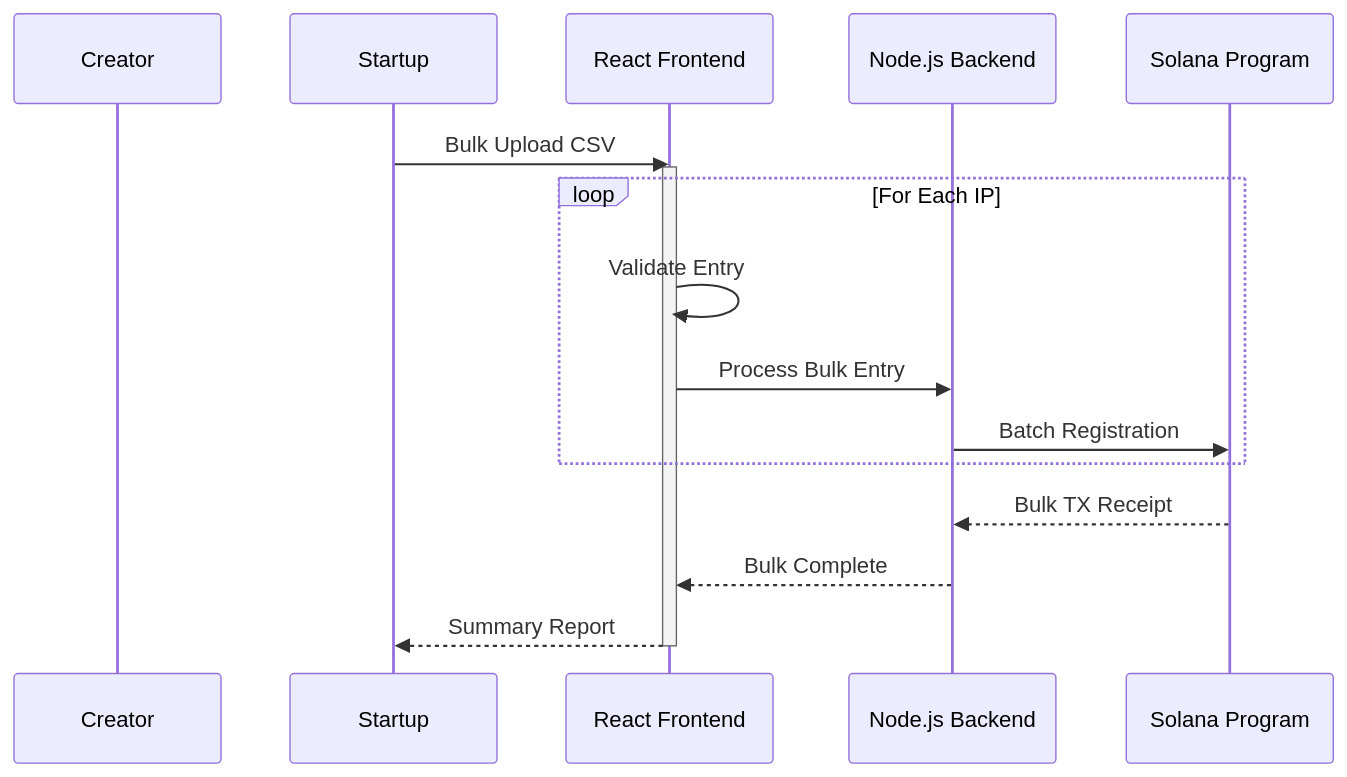
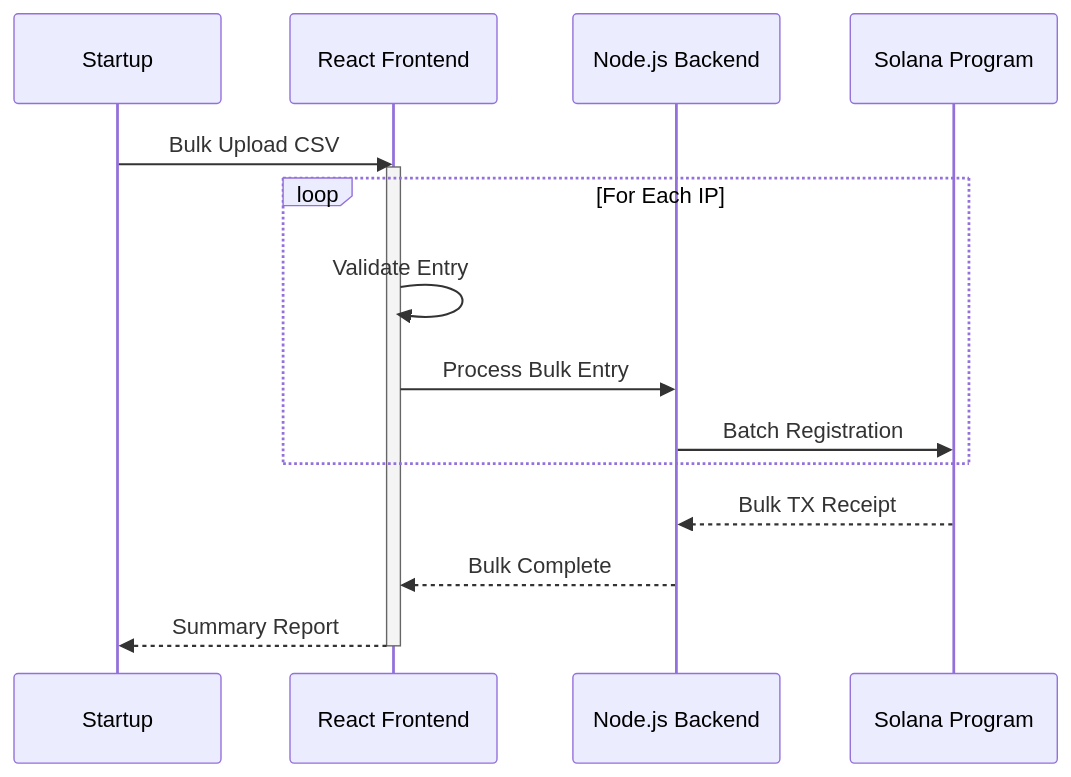
Before and after one commit to br8bit/iprchain: the second of 3 diagrams in README.md, drawn with Mermaid.

````diff
--- a/README.md
+++ b/README.md
@@ -81,21 +81,20 @@
 ```mermaid
 sequenceDiagram
-    participant Creator
     participant Startup
     participant Frontend as React Frontend
     participant Backend as Node.js Backend
     participant Solana as Solana Program
 
     %% Bulk Upload Flow
     Startup->>Frontend: Bulk Upload CSV
     activate Frontend
         loop For Each IP
             Frontend->>Frontend: Validate Entry
             Frontend->>Backend: Process Bulk Entry
             Backend->>Solana: Batch Registration
         end
         Solana-->>Backend: Bulk TX Receipt
         Backend-->>Frontend: Bulk Complete
         Frontend-->>Startup: Summary Report
     deactivate Frontend
 ```
````
